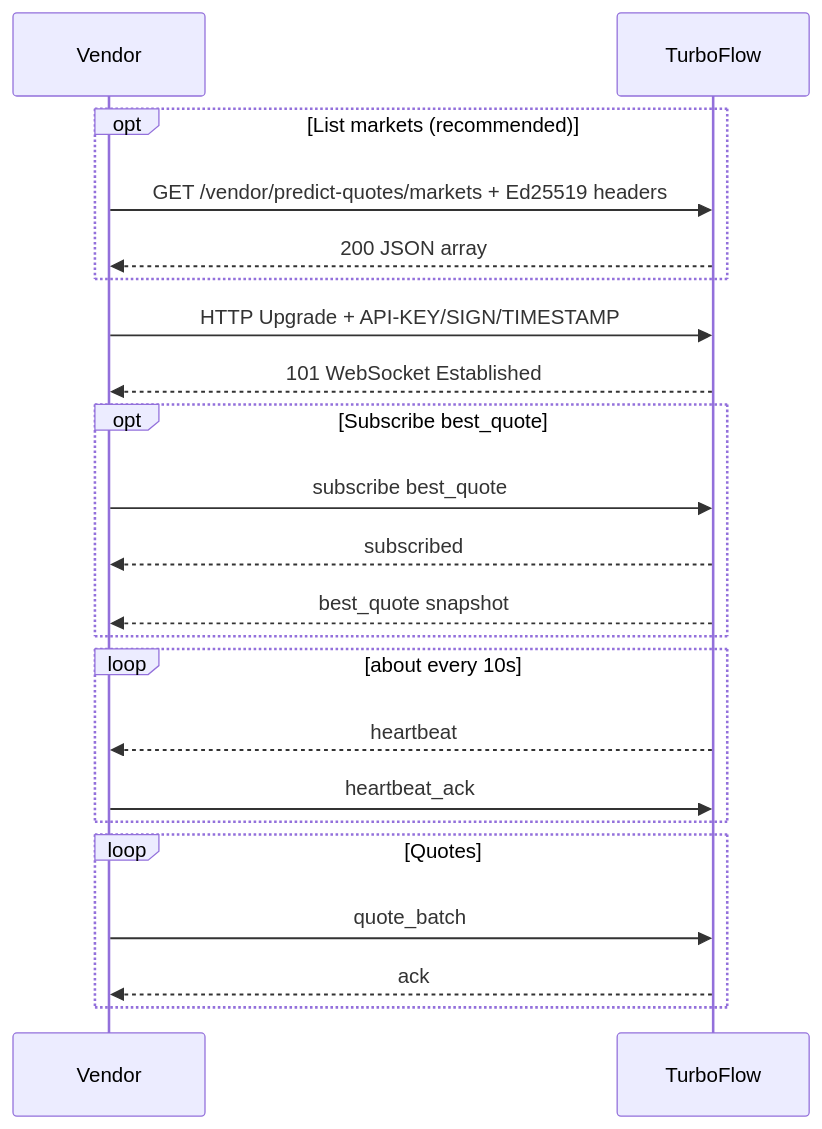
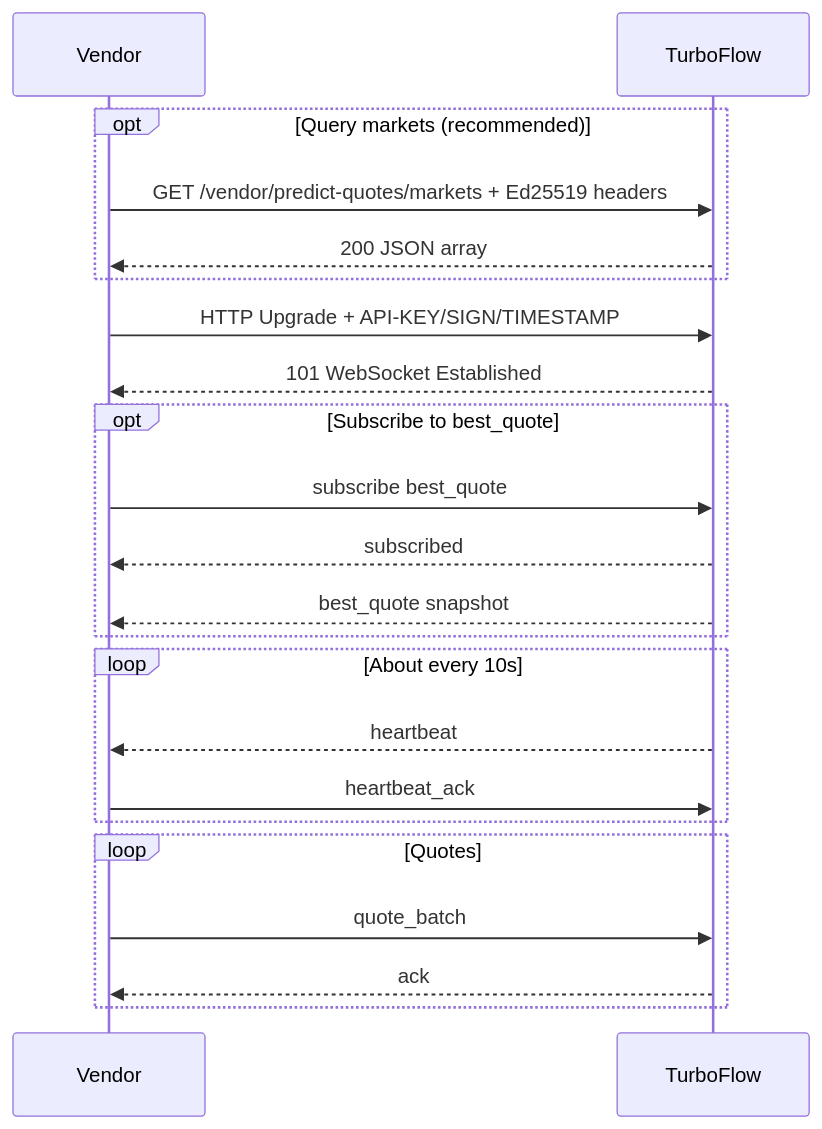
One commit to Errance/turboflow-HQ changed the diagram in tasks/product-worksteams/事件合约（猜涨跌）/v2.2 - 多vendor流动性路由方案/API文档 - 多vendor流动性路由方案 v2.2 EN.md. Above: the diagram before and after it, drawn with Mermaid. The commit also changed other lines of this file and 8 other files, not shown here.

````diff
--- a/tasks/product-worksteams/事件合约（猜涨跌）/v2.2 - 多vendor流动性路由方案/API文档 - 多vendor流动性路由方案 v2.2 EN.md
+++ b/tasks/product-worksteams/事件合约（猜涨跌）/v2.2 - 多vendor流动性路由方案/API文档 - 多vendor流动性路由方案 v2.2 EN.md
@@ -529,29 +529,29 @@
 ```mermaid
 sequenceDiagram
     participant V as Vendor
     participant T as TurboFlow
 
-    opt List markets (recommended)
+    opt Query markets (recommended)
         V->>T: GET /vendor/predict-quotes/markets + Ed25519 headers
         T-->>V: 200 JSON array
     end
 
     V->>T: HTTP Upgrade + API-KEY/SIGN/TIMESTAMP
     T-->>V: 101 WebSocket Established
 
-    opt Subscribe best_quote
+    opt Subscribe to best_quote
         V->>T: subscribe best_quote
         T-->>V: subscribed
         T-->>V: best_quote snapshot
     end
 
-    loop about every 10s
+    loop About every 10s
         T-->>V: heartbeat
         V->>T: heartbeat_ack
     end
 
     loop Quotes
         V->>T: quote_batch
         T-->>V: ack
     end
 ```
````
